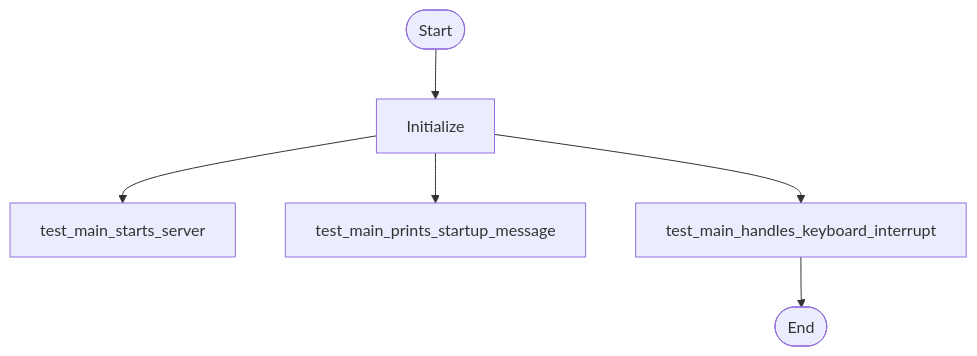
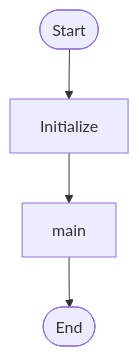
One commit to zepfu/llama-gguf-inference changed the first of 8 diagrams in docs/auto/ARCHITECTURE_AUTO.md. Above: the diagram before and after it, drawn with Mermaid. The commit also changed other lines of this file and 2 other files, not shown here.

````diff
--- a/docs/auto/ARCHITECTURE_AUTO.md
+++ b/docs/auto/ARCHITECTURE_AUTO.md
@@ -27,8 +27,6 @@
 ```mermaid
 flowchart TD
     Start([Start]) --> Init[Initialize]
-    Init --> testmainstartsserver[test_main_starts_server]
-    Init --> testmainprintsstartupmessage[test_main_prints_startup_message]
-    Init --> testmainhandleskeyboardinterrupt[test_main_handles_keyboard_interrupt]
-    testmainhandleskeyboardinterrupt --> End([End])
+    Init --> main[main]
+    main --> End([End])
 ```
````
